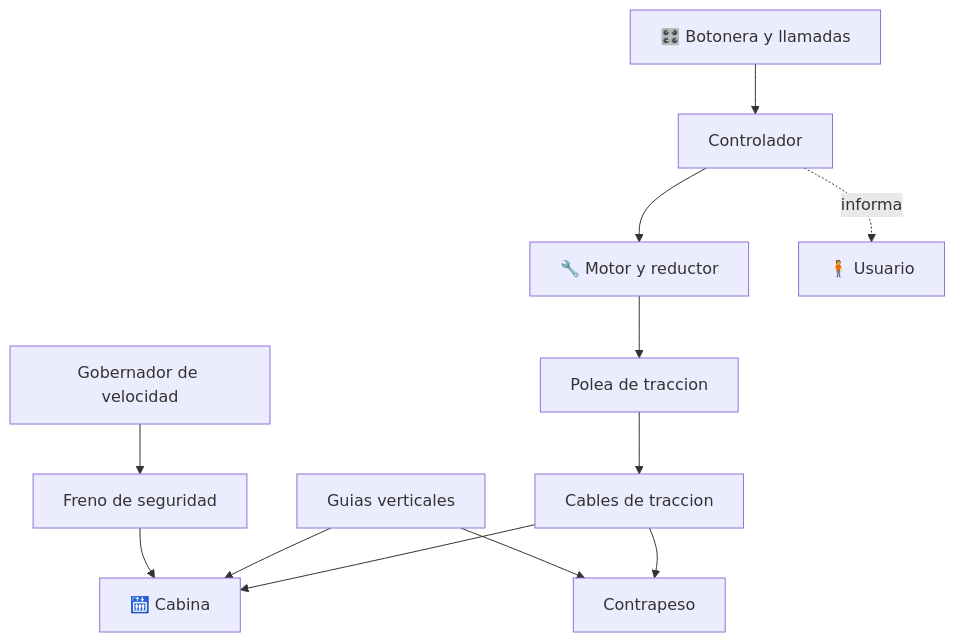
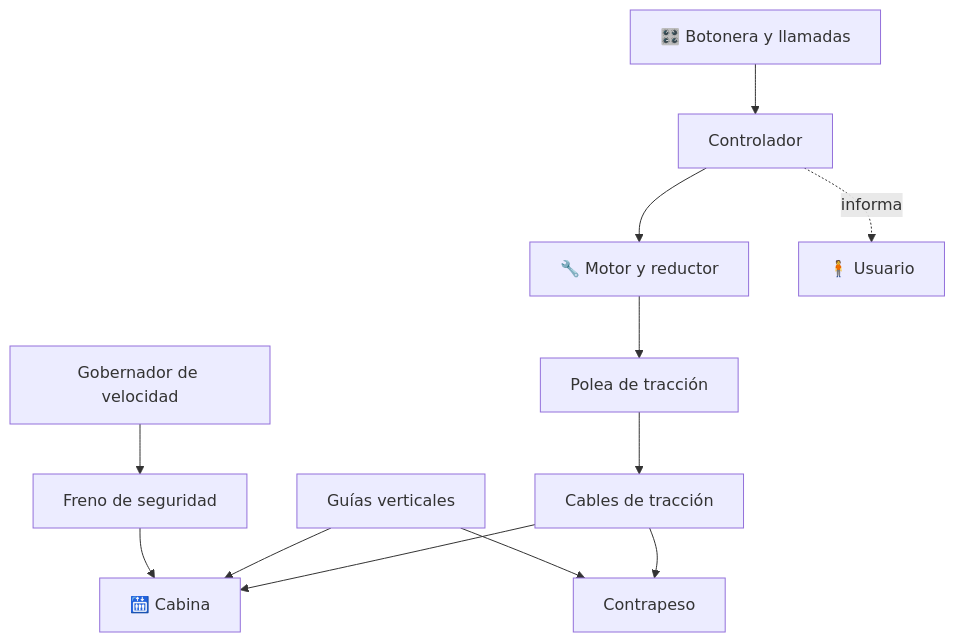
One commit to vladimiracunadev-create/machine-operator-program changed the diagram in vehiculos/ascensores/README.md. Above: the diagram before and after it, drawn with Mermaid. The commit also changed other lines of this file and 442 other files, not shown here.

````diff
--- a/vehiculos/ascensores/README.md
+++ b/vehiculos/ascensores/README.md
@@ -32,14 +32,14 @@
 ```mermaid
 flowchart TD
-    Motor[🔧 Motor y reductor] --> Polea[Polea de traccion]
-    Polea --> Cable[Cables de traccion]
+    Motor[🔧 Motor y reductor] --> Polea[Polea de tracción]
+    Polea --> Cable[Cables de tracción]
     Cable --> Cabina[🛗 Cabina]
     Cable --> Contrapeso[Contrapeso]
-    Guias[Guias verticales] --> Cabina
+    Guias[Guías verticales] --> Cabina
     Guias --> Contrapeso
     Gobernador[Gobernador de velocidad] --> Paracaidas[Freno de seguridad]
     Paracaidas --> Cabina
     Botonera[🎛️ Botonera y llamadas] --> Control[Controlador]
     Control --> Motor
     Control -. informa .-> Usuario[🧍 Usuario]
 ```
````
